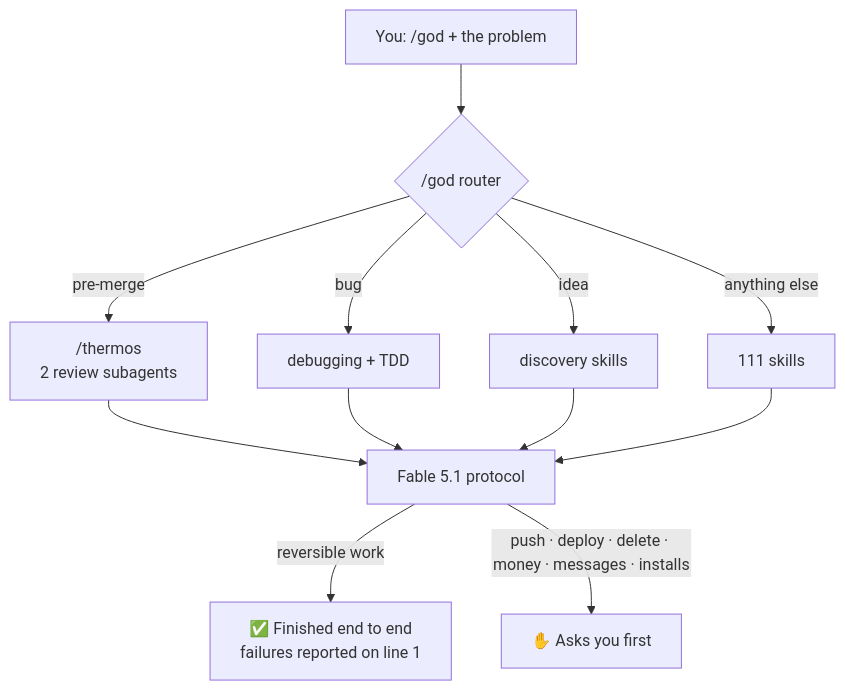
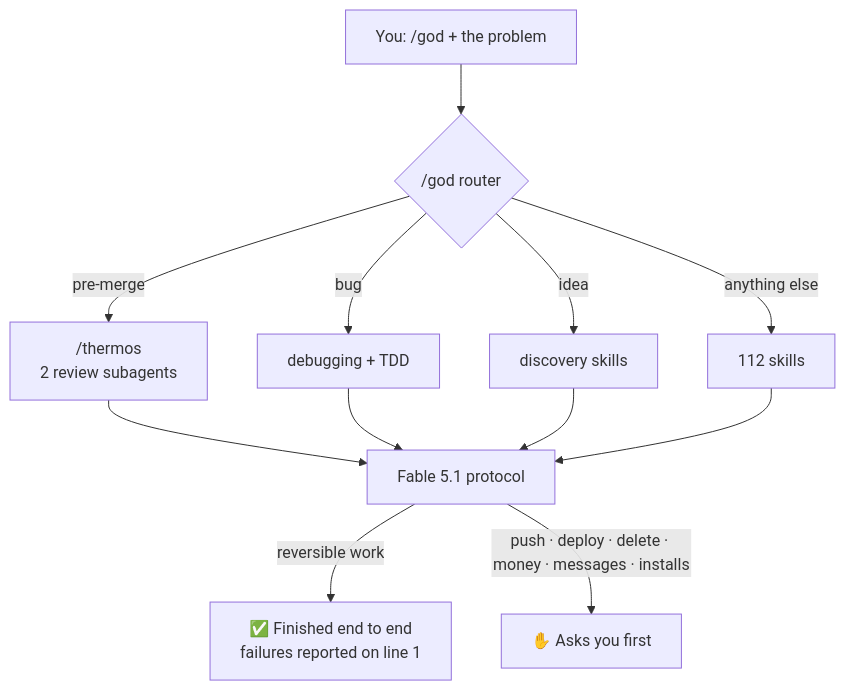
One commit to Gastonchevarria/god-mode changed the diagram in README.md. Above: the diagram before and after it, drawn with Mermaid. The commit also changed other lines of this file and 36 other files, not shown here.

````diff
--- a/README.md
+++ b/README.md
@@ -123,14 +123,14 @@
 ```mermaid
 flowchart TD
     U["You: /god + the problem"] --> R{"/god router"}
     R -->|pre-merge| T["/thermos<br/>2 review subagents"]
     R -->|bug| D["debugging + TDD"]
     R -->|idea| V["discovery skills"]
-    R -->|anything else| S["111 skills"]
+    R -->|anything else| S["112 skills"]
     T --> P["Fable 5.1 protocol"]
     D --> P
     V --> P
     S --> P
     P -->|reversible work| F["✅ Finished end to end<br/>failures reported on line 1"]
     P -->|push · deploy · delete · money · messages · installs| A["✋ Asks you first"]
 ```
````
